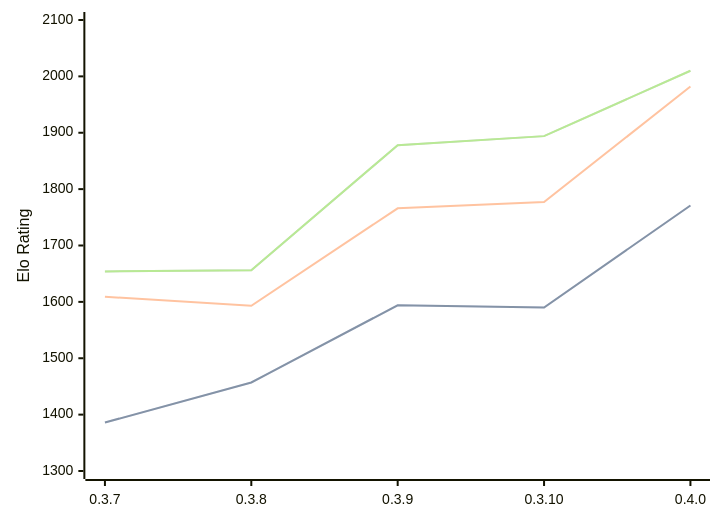
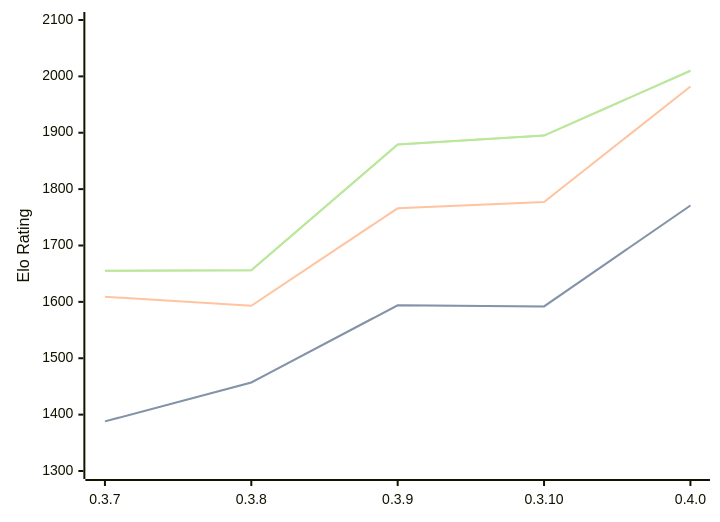
Before and after one commit to computer-chess-index/cci: the diagram in engines/Arche.md, drawn with Mermaid. The commit also changed other lines of this file, not shown here.

Commit message:
Update CCI Ratings (ELO VLTC) - 2026-09-16

````diff
--- a/engines/Arche.md
+++ b/engines/Arche.md
@@ -39,11 +39,11 @@
 ```mermaid
 %%{init: {"theme":"base","themeVariables":{"seriesColors:['#a3a3a3','#222221','#faa371']}}}%%
 xychart-beta
   x-axis ["0.3.7", "0.3.8", "0.3.9", "0.3.10", "0.4.0"]
   y-axis "Elo Rating" 1300 --> 2100
-  line "" [1386, 1457, 1594, 1590, 1771]
-  line "STC (8.0+0.08s)" [1386, 1457, 1594, 1590, 1771]
+  line "" [1388, 1457, 1594, 1592, 1771]
+  line "STC (8.0+0.08s)" [1388, 1457, 1594, 1592, 1771]
   line "LTC (60.0+0.60s)" [1609, 1593, 1766, 1777, 1982]
-  line "" [1654, 1656, 1878, 1894, 2010]
-  line "VLTC (2m24s+1.12s)" [1654, 1656, 1878, 1894, 2010]
+  line "" [1655, 1656, 1879, 1895, 2010]
+  line "VLTC (2m24s+1.12s)" [1655, 1656, 1879, 1895, 2010]
 ```
````
